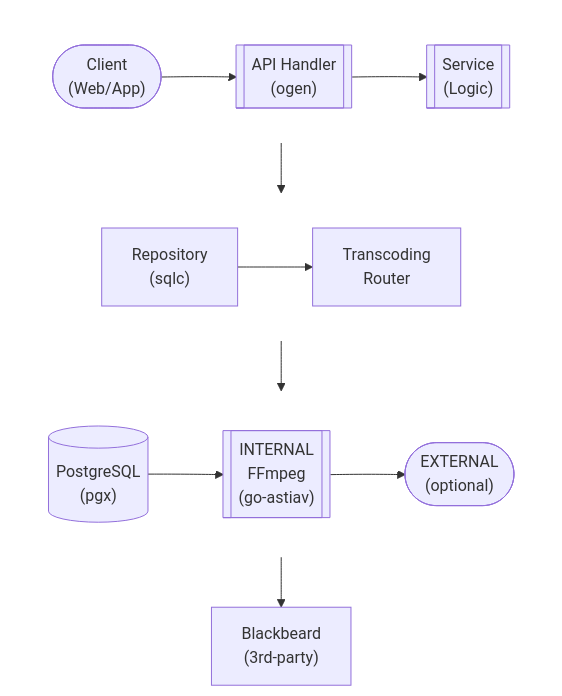
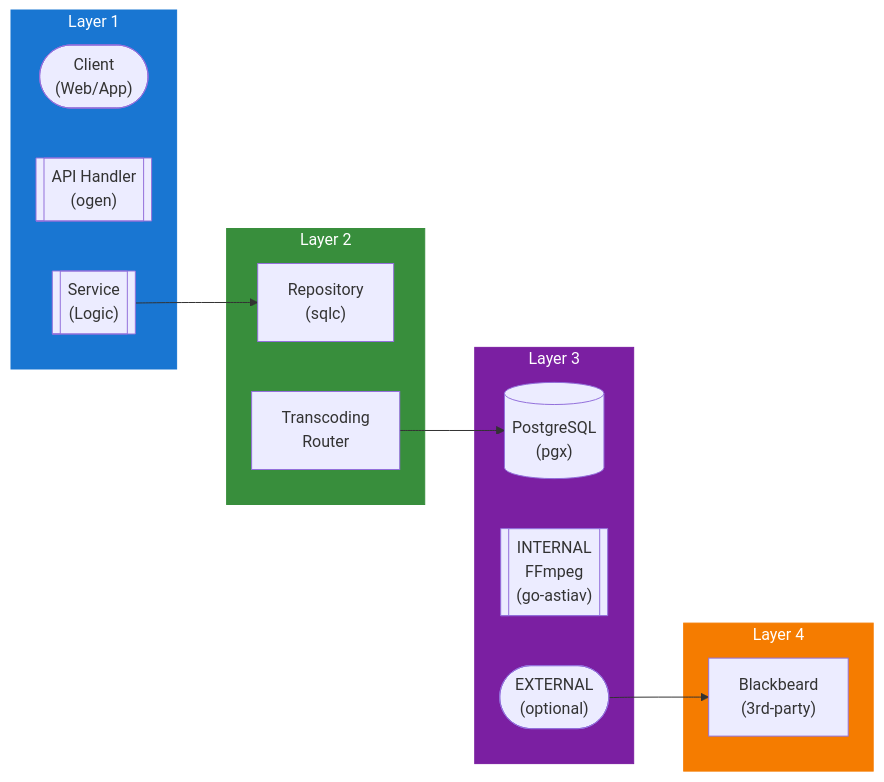
One commit to lusoris/revenge changed the diagram in docs/dev/design/services/TRANSCODING.md. Above: the diagram before and after it, drawn with Mermaid. The commit also changed 215 other files, not shown here.

First line of the commit message:
feat(diagrams): convert all ASCII diagrams to Mermaid with LR subgraphs

````diff
--- a/docs/dev/design/services/TRANSCODING.md
+++ b/docs/dev/design/services/TRANSCODING.md
@@ -69,34 +69,34 @@
 ```mermaid
-flowchart TD
-    subgraph row1[ ]
-        direction LR
+flowchart LR
+    subgraph Layer1["Layer 1"]
         node1(["Client<br/>(Web/App)"])
         node2[["API Handler<br/>(ogen)"]]
         node3[["Service<br/>(Logic)"]]
     end
-    subgraph row2[ ]
-        direction LR
+
+    subgraph Layer2["Layer 2"]
         node4["Repository<br/>(sqlc)"]
         node5["Transcoding<br/>Router"]
     end
-    subgraph row3[ ]
-        direction LR
+
+    subgraph Layer3["Layer 3"]
         node6[("PostgreSQL<br/>(pgx)")]
         node7[["INTERNAL<br/>FFmpeg<br/>(go-astiav)"]]
         node8(["EXTERNAL<br/>(optional)"])
     end
-    node9["Blackbeard<br/>(3rd-party)"]
-    node1 --> node2
-    node2 --> node3
-    node4 --> node5
-    node6 --> node7
-    node7 --> node8
+
+    subgraph Layer4["Layer 4"]
+        node9["Blackbeard<br/>(3rd-party)"]
+    end
+
+    %% Connections
     node3 --> node4
     node5 --> node6
     node8 --> node9
 
-    %% Hide row subgraph borders
-    style row1 fill:transparent,stroke:transparent
-    style row2 fill:transparent,stroke:transparent
-    style row3 fill:transparent,stroke:transparent
+    %% Styling
+    style Layer1 fill:#1976D2,stroke:#1976D2,color:#fff
+    style Layer2 fill:#388E3C,stroke:#388E3C,color:#fff
+    style Layer3 fill:#7B1FA2,stroke:#7B1FA2,color:#fff
+    style Layer4 fill:#F57C00,stroke:#F57C00,color:#fff
 ```
````
